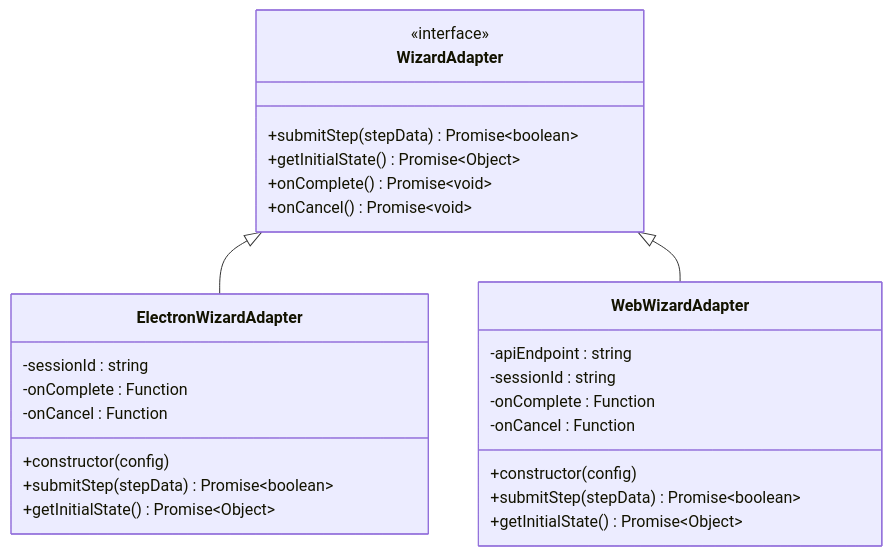
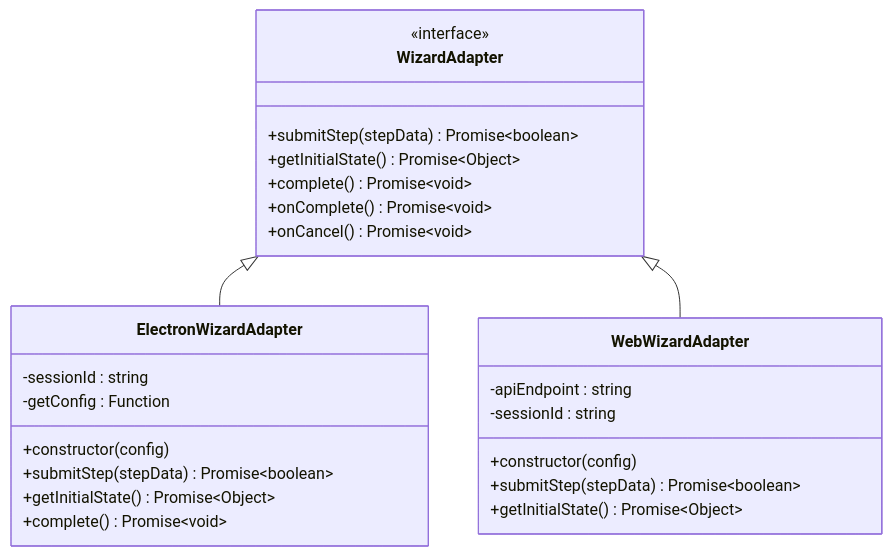
Before and after one commit to verse-ai-org/openclaw: the third of 7 diagrams in .qoder/repowiki/zh/content/设置向导集成指南.md, drawn with Mermaid. The commit also changed other lines of this file and 78 other files, not shown here.

````diff
--- a/.qoder/repowiki/zh/content/设置向导集成指南.md
+++ b/.qoder/repowiki/zh/content/设置向导集成指南.md
@@ -173,29 +185,28 @@
 ```mermaid
 classDiagram
 class WizardAdapter {
 <<interface>>
 +submitStep(stepData) Promise~boolean~
 +getInitialState() Promise~Object~
++complete() Promise~void~
 +onComplete() Promise~void~
 +onCancel() Promise~void~
 }
 class ElectronWizardAdapter {
 -sessionId : string
--onComplete : Function
--onCancel : Function
+-getConfig : Function
 +constructor(config)
 +submitStep(stepData) Promise~boolean~
 +getInitialState() Promise~Object~
++complete() Promise~void~
 }
 class WebWizardAdapter {
 -apiEndpoint : string
 -sessionId : string
--onComplete : Function
--onCancel : Function
 +constructor(config)
 +submitStep(stepData) Promise~boolean~
 +getInitialState() Promise~Object~
 }
 WizardAdapter <|-- ElectronWizardAdapter
 WizardAdapter <|-- WebWizardAdapter
 ```
````
